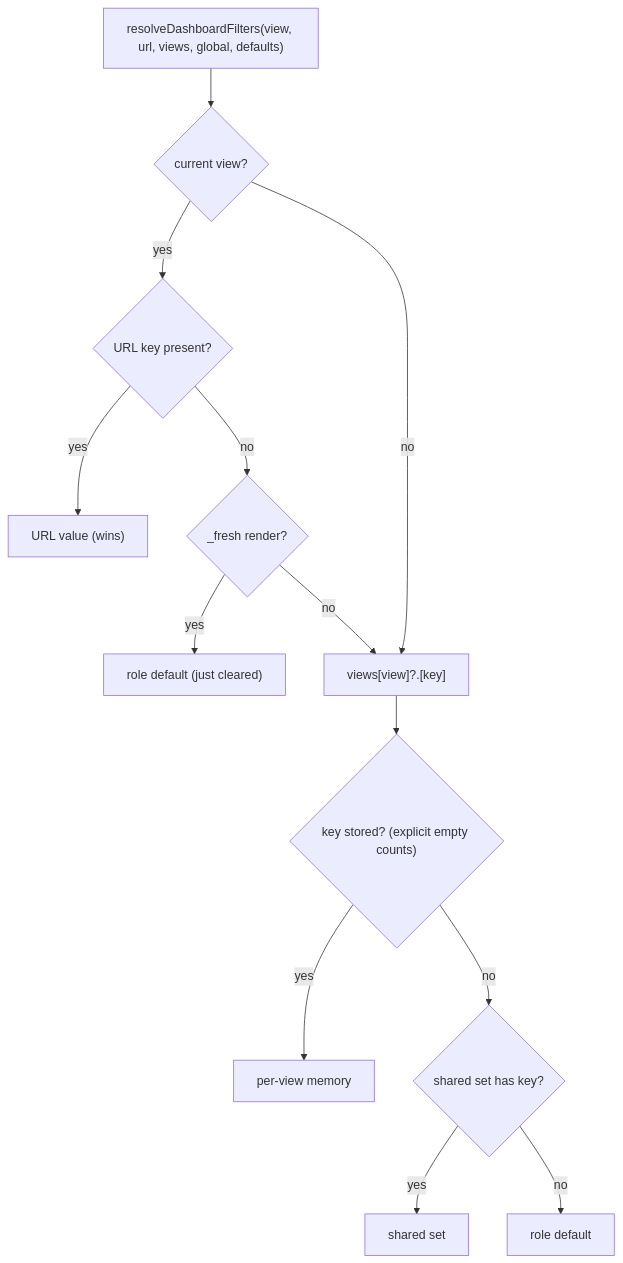
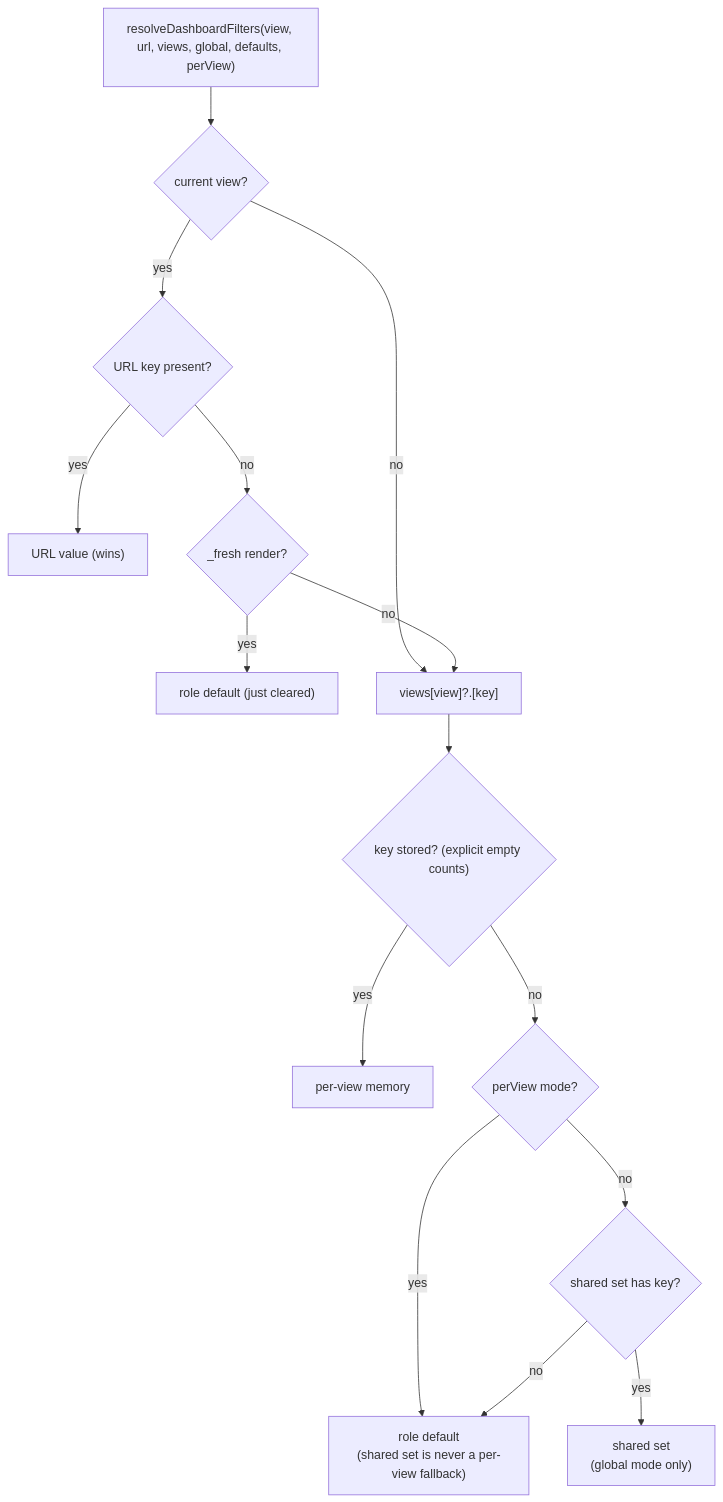
Before and after one commit to oncloudnintynineone-source/cloudy2: the second of 4 diagrams in docs/ui-state.md, drawn with Mermaid. The commit also changed other lines of this file and 6 other files, not shown here.

Commit message:
Fix per-view filters leaking into untouched views (per-view ignores the shared set)

````diff
--- a/docs/ui-state.md
+++ b/docs/ui-state.md
@@ -296,15 +301,17 @@
 ```mermaid
 flowchart TD
-    A["resolveDashboardFilters(view, url, views, global, defaults)"] --> B{"current view?"}
+    A["resolveDashboardFilters(view, url, views, global, defaults, perView)"] --> B{"current view?"}
     B -- yes --> C{"URL key present?"}
     C -- yes --> OUT["URL value (wins)"]
     C -- no --> D{"_fresh render?"}
     D -- yes --> OUT2["role default (just cleared)"]
     B -- no --> E
     D -- no --> E["views[view]?.[key]"]
     E --> F{"key stored? (explicit empty counts)"}
     F -- yes --> OUT3["per-view memory"]
-    F -- no --> G{"shared set has key?"}
-    G -- yes --> OUT4["shared set"]
-    G -- no --> OUT5["role default"]
+    F -- no --> P{"perView mode?"}
+    P -- yes --> OUT5["role default<br/>(shared set is never a per-view fallback)"]
+    P -- no --> G{"shared set has key?"}
+    G -- yes --> OUT4["shared set<br/>(global mode only)"]
+    G -- no --> OUT5
 ```
````
